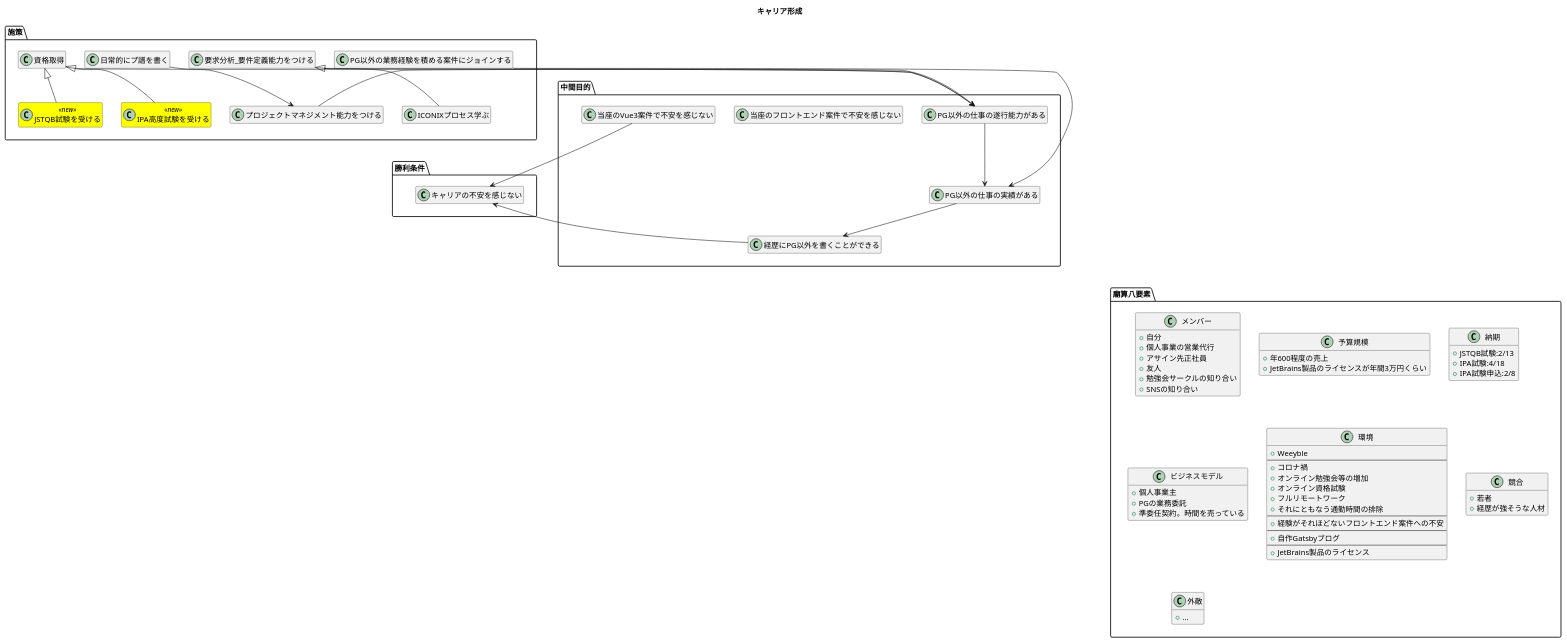
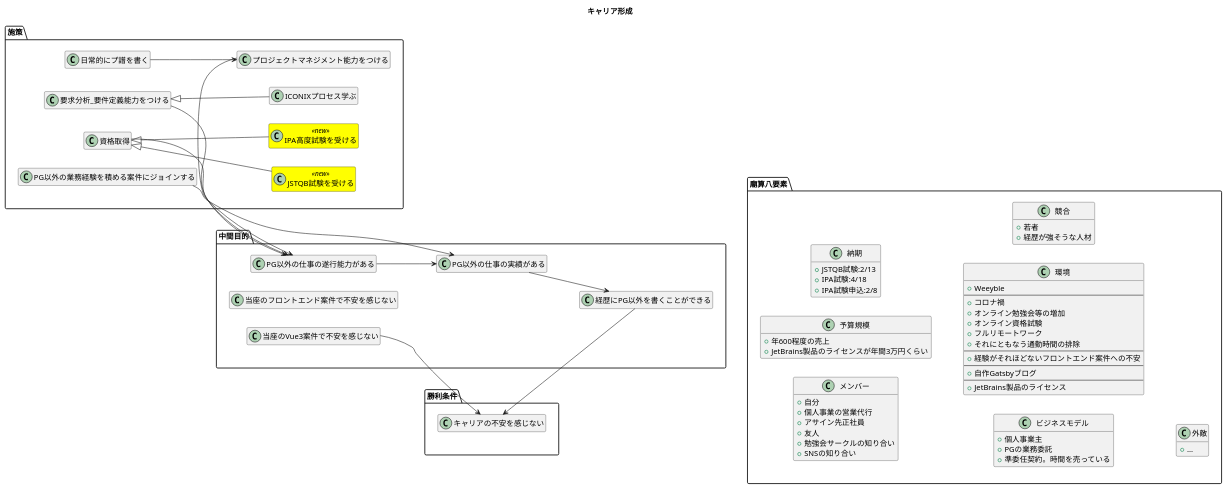
Before and after one commit to wand2016/life: the diagram in career/20210117_2.puml, drawn with PlantUML. The commit also changed 15 other files, not shown here.

```diff
--- a/career/20210117_2.puml
+++ b/career/20210117_2.puml
@@ -1,94 +1,97 @@
 @startuml
 
 title キャリア形成
 
 hide empty members
 skinparam class {
   BackgroundColor<<deprecated>> Grey
+  BackgroundColor<<done>> Cyan
   BackgroundColor<<new>> Yellow
 }
+
+left to right direction
 
 package 勝利条件 {
   class キャリアの不安を感じない
 }
 package 中間目的 {
   class 経歴にPG以外を書くことができる
   経歴にPG以外を書くことができる --> キャリアの不安を感じない
 
   class PG以外の仕事の実績がある
   PG以外の仕事の実績がある --> 経歴にPG以外を書くことができる
 
   class PG以外の仕事の遂行能力がある
   PG以外の仕事の遂行能力がある --> PG以外の仕事の実績がある
 
   class 当座のフロントエンド案件で不安を感じない
   当座のVue3案件で不安を感じない --> キャリアの不安を感じない
 }
 
 package 施策 {
   プロジェクトマネジメント能力をつける --> PG以外の仕事の遂行能力がある
   日常的にプ譜を書く --> プロジェクトマネジメント能力をつける
 
   要求分析_要件定義能力をつける --> PG以外の仕事の遂行能力がある
   class ICONIXプロセス学ぶ extends 要求分析_要件定義能力をつける
 
   PG以外の業務経験を積める案件にジョインする --> PG以外の仕事の実績がある
 
   資格取得 --> PG以外の仕事の遂行能力がある
   class JSTQB試験を受ける<<new>> extends 資格取得
   class IPA高度試験を受ける<<new>> extends 資格取得
 }
 
 package 廟算八要素 {
   class メンバー {
    + 自分
    + 個人事業の営業代行
    + アサイン先正社員
    + 友人
    + 勉強会サークルの知り合い
    + SNSの知り合い
   }
   class 予算規模 {
    + 年600程度の売上
    + JetBrains製品のライセンスが年間3万円くらい
   }
   class 納期 {
    + JSTQB試験:2/13
    + IPA試験:4/18
    + IPA試験申込:2/8
   }
   class ビジネスモデル {
    + 個人事業主
    + PGの業務委託
    + 準委任契約。時間を売っている
   }
   class 環境 {
    + Weeyble
    --
    + コロナ禍
    + オンライン勉強会等の増加
    + オンライン資格試験
    + フルリモートワーク
    + それにともなう通勤時間の排除
    --
    + 経験がそれほどないフロントエンド案件への不安
    --
    + 自作Gatsbyブログ
    --
    + JetBrains製品のライセンス
   }
   class 競合 {
    + 若者
    + 経歴が強そうな人材
   }
   class 外敵 {
    + ...
   }
 }
 
 
 中間目的 --u[hidden]--> 勝利条件
 施策 --u[hidden]--> 中間目的
 廟算八要素 ---u[hidden]--> 施策
 
 @enduml
```
